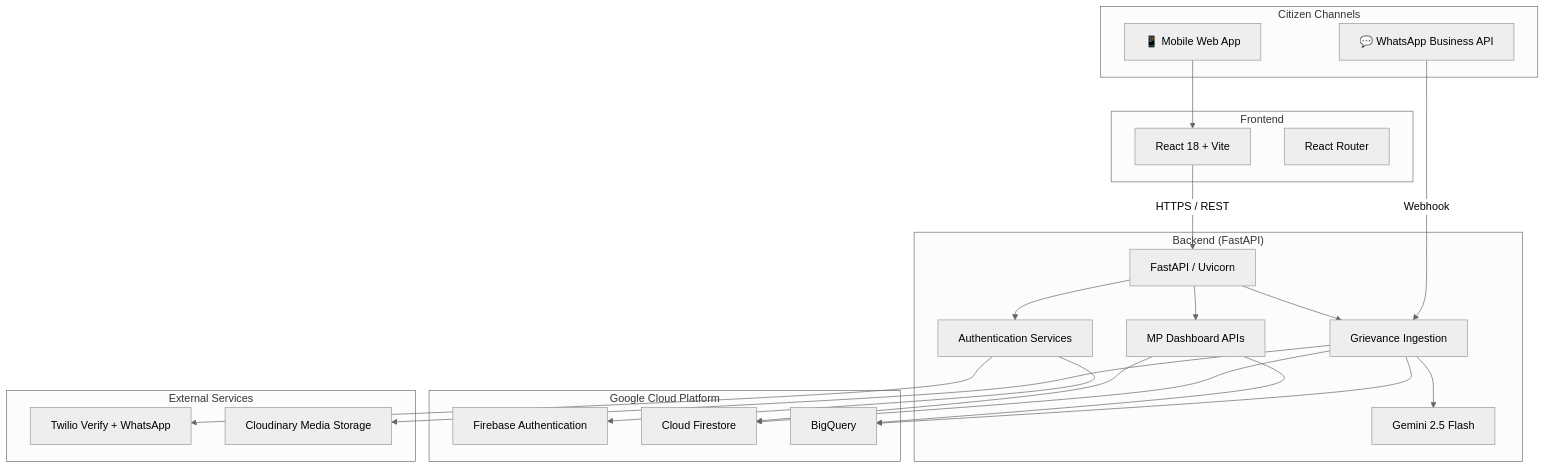
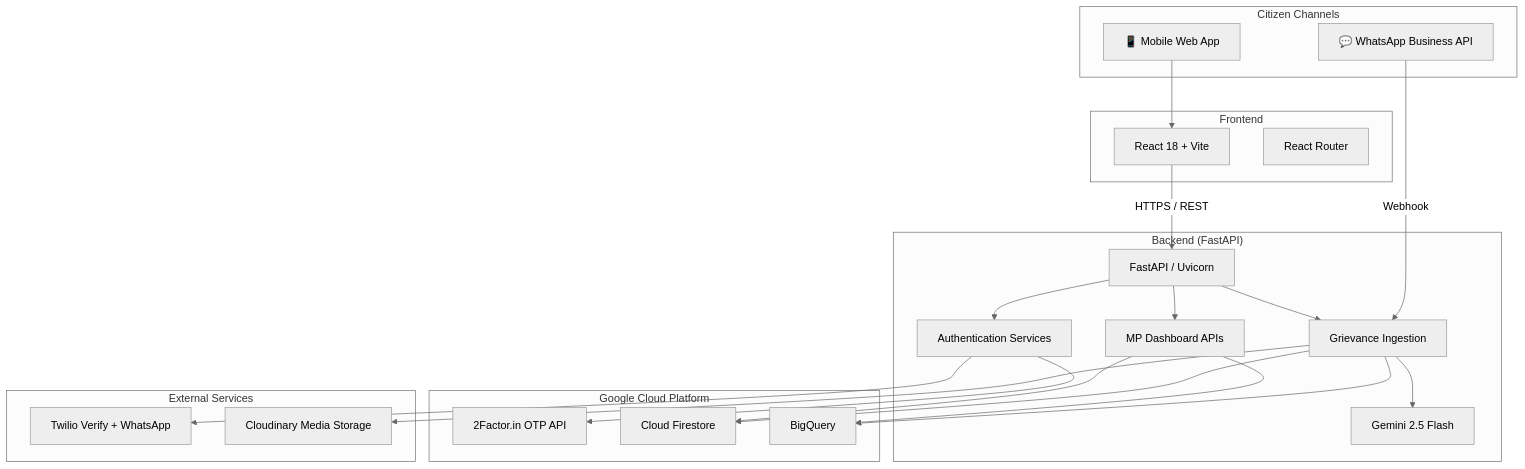
One commit to Harshit-Awasthi-05/Jan-Awaaz-AI changed the first of 6 diagrams in README.md. Above: the diagram before and after it, drawn with Mermaid (neutral theme). The commit also changed other lines of this file, not shown here.

````diff
--- a/README.md
+++ b/README.md
@@ -75,50 +75,50 @@
 ``` mermaid
 graph TD
     subgraph "Citizen Channels"
         App["📱 Mobile Web App"]
         WA["💬 WhatsApp Business API"]
     end
 
     subgraph "Frontend"
         React["React 18 + Vite"]
         Router["React Router"]
     end
 
     subgraph "Backend (FastAPI)"
         API["FastAPI / Uvicorn"]
         AuthAPI["Authentication Services"]
         Ingestion["Grievance Ingestion"]
         MPAPI["MP Dashboard APIs"]
         AI["Gemini 2.5 Flash"]
     end
 
     subgraph "Google Cloud Platform"
-        FirebaseAuth["Firebase Authentication"]
+        TwoFactor["2Factor.in OTP API"]
         Firestore["Cloud Firestore"]
         BQ["BigQuery"]
     end
 
     subgraph "External Services"
         Twilio["Twilio Verify + WhatsApp"]
         Cloudinary["Cloudinary Media Storage"]
     end
 
     App --> React
     React -->|HTTPS / REST| API
     WA -->|Webhook| Ingestion
 
     API --> AuthAPI
     API --> Ingestion
     API --> MPAPI
 
-    AuthAPI --> FirebaseAuth
+    AuthAPI --> TwoFactor
     AuthAPI --> Twilio
 
     Ingestion --> AI
     Ingestion --> Firestore
     Ingestion --> BQ
     Ingestion --> Cloudinary
 
     MPAPI --> Firestore
     MPAPI --> BQ
 ```
````
